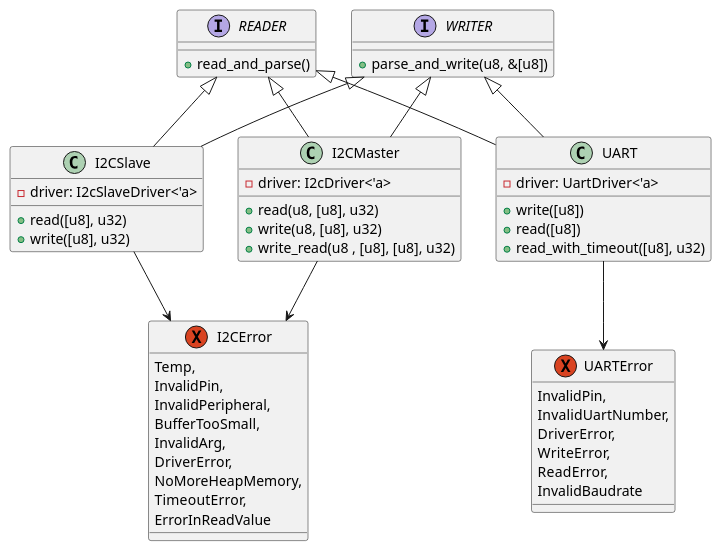
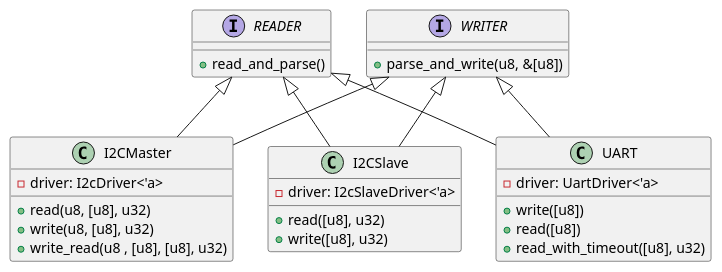
Before and after one commit to esp32framework/esp32framework: the diagram in diagrams/serial.puml, drawn with PlantUML. The commit also changed 8 other files, not shown here.

```diff
--- a/diagrams/serial.puml
+++ b/diagrams/serial.puml
@@ -1,62 +1,38 @@
 @startuml Microcontroller serial
 
 Interface READER {
     +read_and_parse()
 }
 Interface WRITER {
     +parse_and_write(u8, &[u8])
 }
 
 class I2CMaster{
     - driver: I2cDriver<'a>
     + read(u8, [u8], u32) 
     + write(u8, [u8], u32) 
     + write_read(u8 , [u8], [u8], u32) 
 }
 
 class I2CSlave{
     - driver: I2cSlaveDriver<'a>
     + read([u8], u32)
     + write([u8], u32)
 }
 
 class UART{
     - driver: UartDriver<'a>
     + write([u8])
     + read([u8])
     +read_with_timeout([u8], u32)
 }
 
-exception I2CError {
-    Temp,
-    InvalidPin,
-    InvalidPeripheral,
-    BufferTooSmall,
-    InvalidArg,
-    DriverError,
-    NoMoreHeapMemory,
-    TimeoutError,
-    ErrorInReadValue
-}
-
-exception UARTError{
-    InvalidPin,
-    InvalidUartNumber,
-    DriverError,
-    WriteError,
-    ReadError,
-    InvalidBaudrate
-}
 
 READER <|-- I2CMaster
 WRITER <|-- I2CMaster
 READER <|-- I2CSlave
 WRITER <|-- I2CSlave
 READER <|-- UART
 WRITER <|-- UART
-UART --> UARTError
-I2CMaster --> I2CError
-I2CSlave --> I2CError
-
 
 @enduml
```
